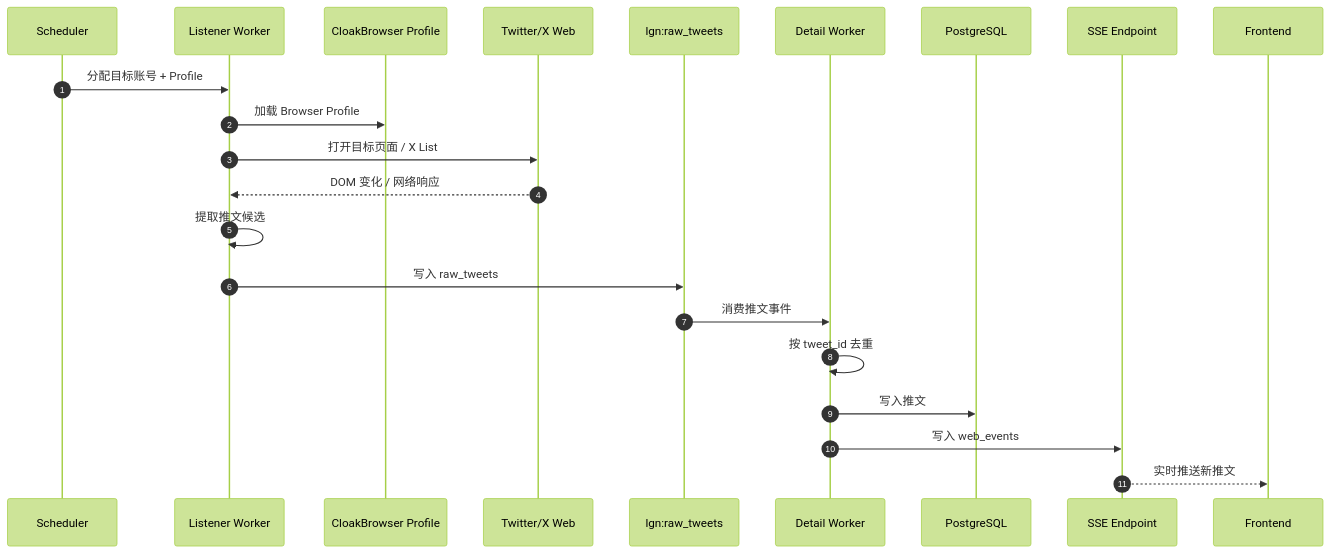
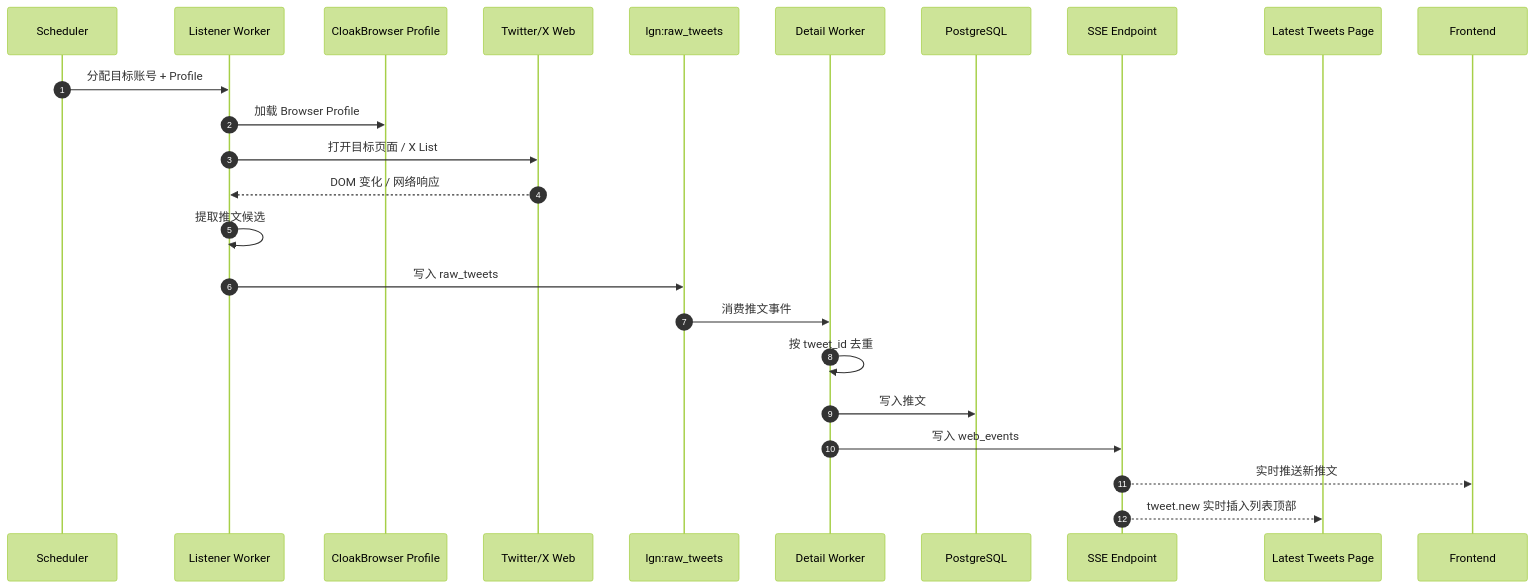
The second of 5 diagrams in docs/architecture.md (Guranta/ganksnews), drawn with Mermaid (forest theme) before and after one commit. The commit also changed other lines of this file and 4 other files, not shown here.

Commit message:
docs: plan latest tweets display

````diff
--- a/docs/architecture.md
+++ b/docs/architecture.md
@@ -76,25 +79,27 @@
 ```mermaid
 sequenceDiagram
     autonumber
     participant S as Scheduler
     participant L as Listener Worker
     participant B as CloakBrowser Profile
     participant X as Twitter/X Web
     participant Q as lgn:raw_tweets
     participant D as Detail Worker
     participant DB as PostgreSQL
     participant SSE as SSE Endpoint
+    participant LT as Latest Tweets Page
     participant UI as Frontend
 
     S->>L: 分配目标账号 + Profile
     L->>B: 加载 Browser Profile
     L->>X: 打开目标页面 / X List
     X-->>L: DOM 变化 / 网络响应
     L->>L: 提取推文候选
     L->>Q: 写入 raw_tweets
     Q->>D: 消费推文事件
     D->>D: 按 tweet_id 去重
     D->>DB: 写入推文
     D->>SSE: 写入 web_events
     SSE-->>UI: 实时推送新推文
+    SSE-->>LT: tweet.new 实时插入列表顶部
 ```
````
